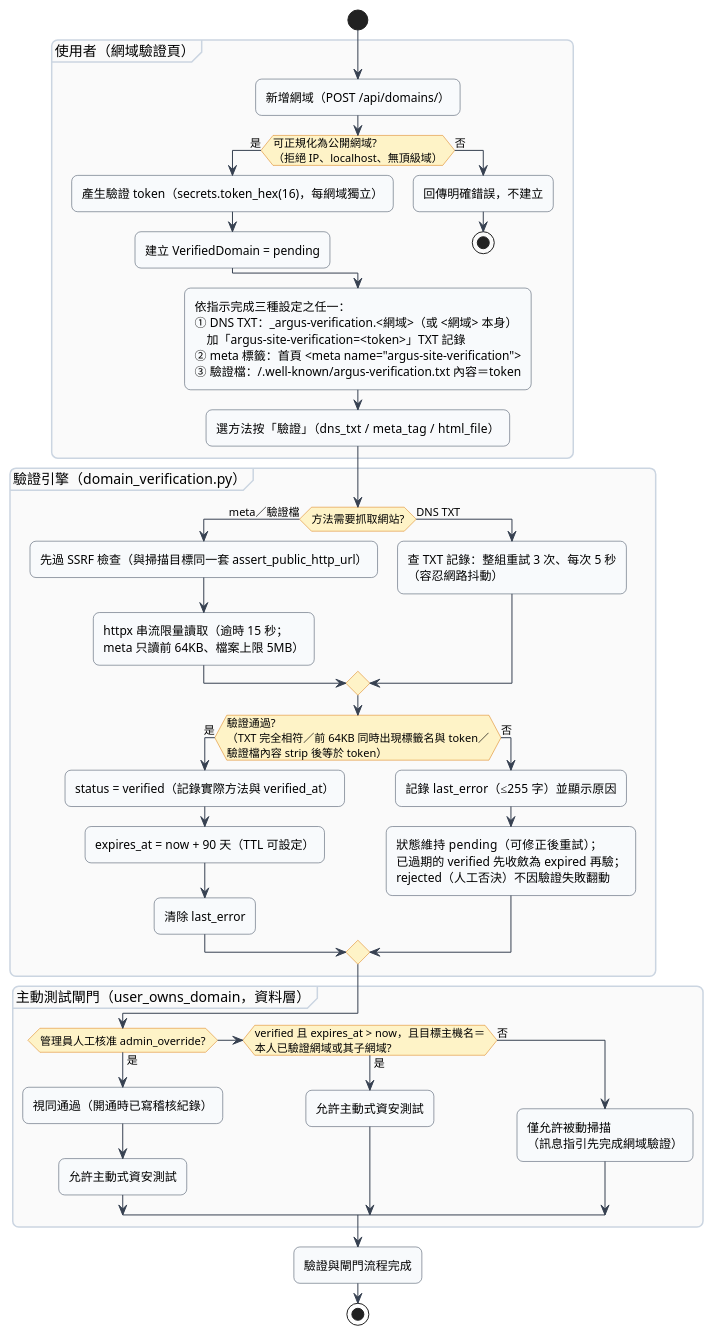
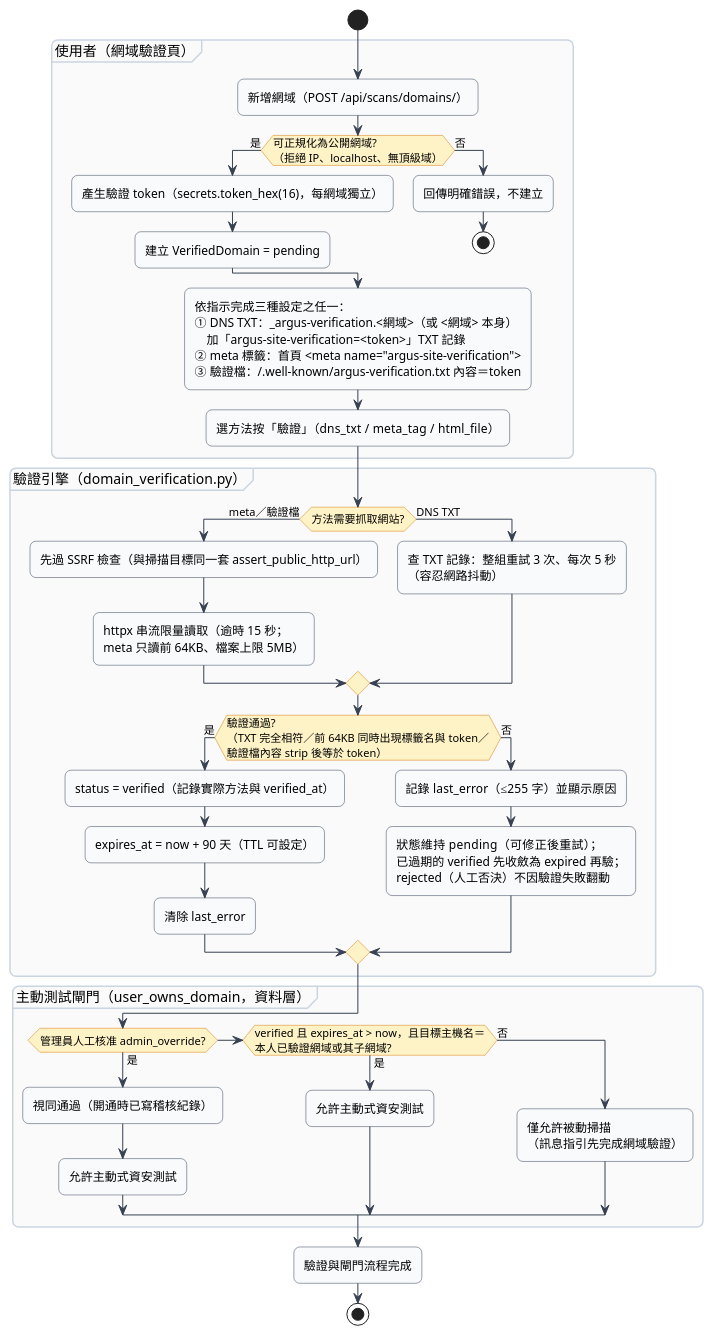
One commit to Djude1/Argus_WebsiteDiagnosticPlatform changed diagram 14 of 25 in 專題文件生成/設計文件_圖表與成本模組.md. Above: the diagram before and after it, drawn with PlantUML. The commit also changed other lines of this file, not shown here.

````diff
--- a/專題文件生成/設計文件_圖表與成本模組.md
+++ b/專題文件生成/設計文件_圖表與成本模組.md
@@ -736,60 +732,60 @@
 ```plantuml
 @startuml
 skinparam defaultFontName Microsoft JhengHei
 skinparam shadowing false
 skinparam roundcorner 12
 skinparam BackgroundColor #FFFFFF
 skinparam ArrowColor #374151
 skinparam ActivityBorderColor #334155
 skinparam ActivityBackgroundColor #F8FAFC
 skinparam ActivityDiamondBackgroundColor #FEF3C7
 skinparam ActivityDiamondBorderColor #D97706
 skinparam partitionBorderColor #CBD5E1
 skinparam partitionBackgroundColor #FAFAFA
 
 start
 partition "使用者（網域驗證頁）" {
-  :新增網域（POST /api/domains/）;
+  :新增網域（POST /api/scans/domains/）;
   if (可正規化為公開網域?\n（拒絕 IP、localhost、無頂級域）) then (是)
     :產生驗證 token（secrets.token_hex(16)，每網域獨立）;
     :建立 VerifiedDomain = pending;
   else (否)
     :回傳明確錯誤，不建立;
     stop
   endif
   :依指示完成三種設定之任一：\n① DNS TXT：_argus-verification.<網域>（或 <網域> 本身）\n　加「argus-site-verification=<token>」TXT 記錄\n② meta 標籤：首頁 <meta name="argus-site-verification">\n③ 驗證檔：/.well-known/argus-verification.txt 內容＝token;
   :選方法按「驗證」（dns_txt / meta_tag / html_file）;
 }
 partition "驗證引擎（domain_verification.py）" {
   if (方法需要抓取網站?) then (meta／驗證檔)
     :先過 SSRF 檢查（與掃描目標同一套 assert_public_http_url）;
     :httpx 串流限量讀取（逾時 15 秒；
 meta 只讀前 64KB、檔案上限 5MB）;
   else (DNS TXT)
     :查 TXT 記錄：整組重試 3 次、每次 5 秒\n（容忍網路抖動）;
   endif
   if (驗證通過?\n（TXT 完全相符／前 64KB 同時出現標籤名與 token／\n驗證檔內容 strip 後等於 token）) then (是)
     :status = verified（記錄實際方法與 verified_at）;
     :expires_at = now + 90 天（TTL 可設定）;
     :清除 last_error;
   else (否)
     :記錄 last_error（≤255 字）並顯示原因;
     :狀態維持 pending（可修正後重試）；
 已過期的 verified 先收斂為 expired 再驗；
 rejected（人工否決）不因驗證失敗翻動;
   endif
 }
 partition "主動測試閘門（user_owns_domain，資料層）" {
   if (管理員人工核准 admin_override?) then (是)
     :視同通過（開通時已寫稽核紀錄）;
     :允許主動式資安測試;
   elseif (verified 且 expires_at > now，且目標主機名＝\n本人已驗證網域或其子網域?) then (是)
     :允許主動式資安測試;
   else (否)
     :僅允許被動掃描\n（訊息指引先完成網域驗證）;
   endif
 }
 :驗證與閘門流程完成;
 stop
 @enduml
 ```
````
